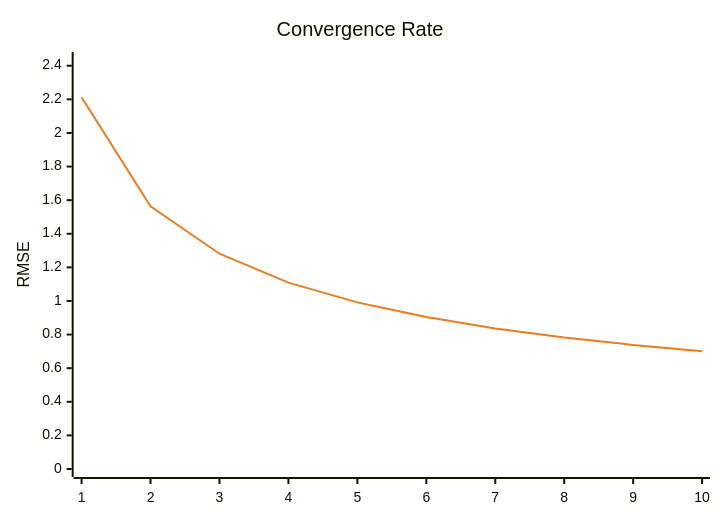
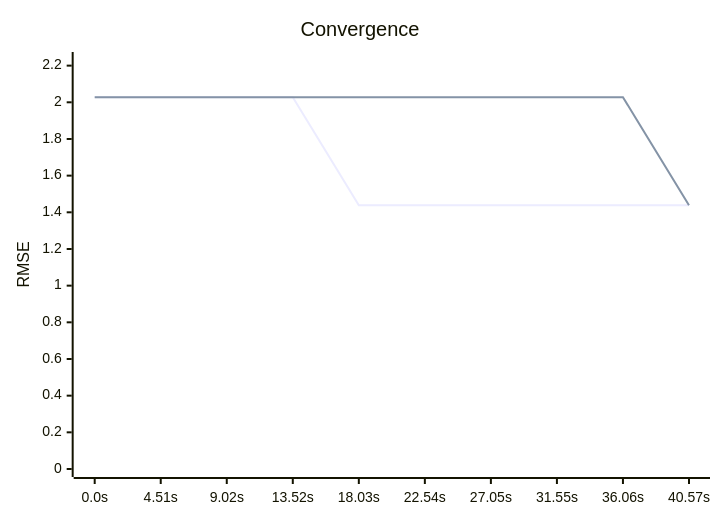
One commit to timo-eberl/tracy changed the second of 2 diagrams in README.md. Above: the diagram before and after it, drawn with Mermaid. The commit also changed other lines of this file and 4 other files, not shown here.

````diff
--- a/README.md
+++ b/README.md
@@ -25,14 +22,8 @@
 ```mermaid
----
-config:
-    theme: base
-    themeVariables:
-        xyChart:
-            plotColorPalette: "#e67e22"
----
 xychart-beta
-    title "Convergence Rate"
-    x-axis ["1", "2", "3", "4", "5", "6", "7", "8", "9", "10"]
-    y-axis "RMSE" 0 --> 2.4341
-    line [2.2128, 1.5629, 1.2813, 1.1091, 0.9916, 0.9047, 0.8368, 0.7829, 0.7385, 0.7009]
+    title "Convergence"
+    x-axis ["0.0s", "4.51s", "9.02s", "13.52s", "18.03s", "22.54s", "27.05s", "31.55s", "36.06s", "40.57s"]
+    y-axis "RMSE" 0 --> 2.2307
+    line [2.0279, 2.0279, 2.0279, 2.0279, 1.4381, 1.4381, 1.4381, 1.4381, 1.4381, 1.4381]
+    line [2.0279, 2.0279, 2.0279, 2.0279, 2.0279, 2.0279, 2.0279, 2.0279, 2.0279, 1.4381]
 ```
````
